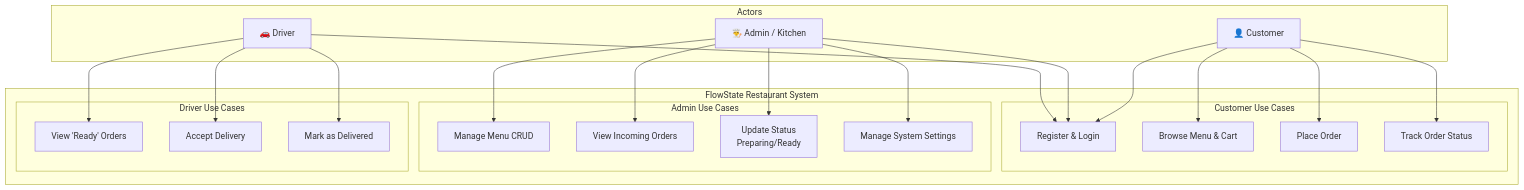
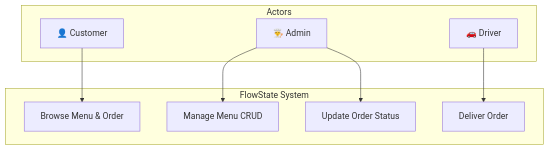
One commit to Mohamed-3M-Nouman/FlowState-Order-Management-System changed the second of 2 diagrams in README.md. Above: the diagram before and after it, drawn with Mermaid. The commit also changed other lines of this file and 4 other files, not shown here.

````diff
--- a/README.md
+++ b/README.md
@@ -74,46 +77,20 @@
 ```mermaid
 graph TB
     subgraph Actors
         C[👤 Customer]
-        A[👨‍🍳 Admin / Kitchen]
+        A[👨‍🍳 Admin]
         D[🚗 Driver]
     end
     
-    subgraph "FlowState Restaurant System"
-        subgraph "Customer Use Cases"
-            UC1[Register & Login]
-            UC2[Browse Menu & Cart]
-            UC3[Place Order]
-            UC4[Track Order Status]
-        end
-        
-        subgraph "Admin Use Cases"
-            UC5[Manage Menu CRUD]
-            UC6[View Incoming Orders]
-            UC7[Update Status<br/>Preparing/Ready]
-            UC8[Manage System Settings]
-        end
-        
-        subgraph "Driver Use Cases"
-            UC9[View 'Ready' Orders]
-            UC10[Accept Delivery]
-            UC11[Mark as Delivered]
-        end
+    subgraph "FlowState System"
+        UC1[Browse Menu & Order]
+        UC2[Manage Menu CRUD]
+        UC3[Update Order Status]
+        UC4[Deliver Order]
     end
     
     C --> UC1
-    C --> UC2
-    C --> UC3
-    C --> UC4
-    
-    A --> UC1
-    A --> UC5
-    A --> UC6
-    A --> UC7
-    A --> UC8
-    
-    D --> UC1
-    D --> UC9
-    D --> UC10
-    D --> UC11
+    A --> UC2
+    A --> UC3
+    D --> UC4
 ```
````
